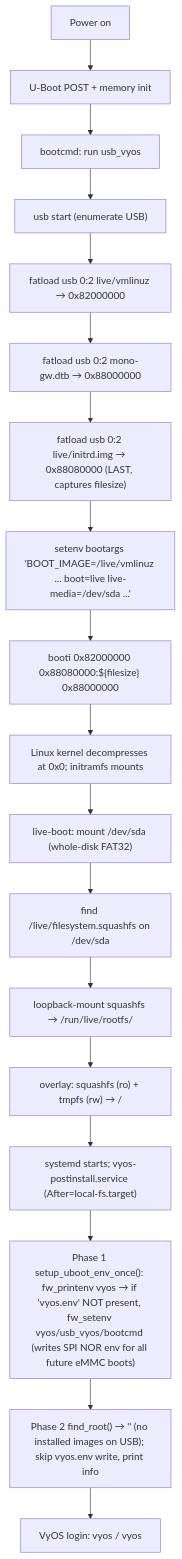
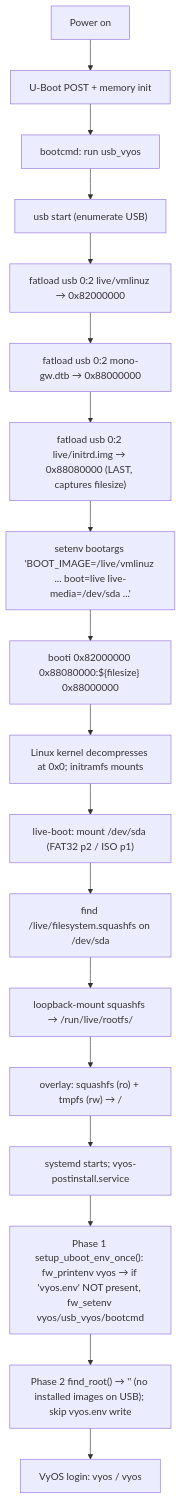
One commit to Daegara/vyos-ls1046a-build changed the second of 3 diagrams in plans/BOOT-PROCESS.md. Above: the diagram before and after it, drawn with Mermaid. The commit also changed other lines of this file and 9 other files, not shown here.

Commit message:
docs: consolidate UBOOT.md into BOOT-PROCESS.md and convert DEV-LOOP/NETWORKING-DEEP-DIVE to HADS 1.0.0

````diff
--- a/plans/BOOT-PROCESS.md
+++ b/plans/BOOT-PROCESS.md
@@ -119,20 +151,20 @@
 ```mermaid
 flowchart TD
     P[Power on] --> POST[U-Boot POST + memory init]
     POST --> BC["bootcmd: run usb_vyos"]
     BC --> U1["usb start (enumerate USB)"]
     U1 --> U2["fatload usb 0:2 live/vmlinuz → 0x82000000"]
     U2 --> U3["fatload usb 0:2 mono-gw.dtb → 0x88000000"]
     U3 --> U4["fatload usb 0:2 live/initrd.img → 0x88080000 (LAST, captures filesize)"]
     U4 --> U5["setenv bootargs 'BOOT_IMAGE=/live/vmlinuz ... boot=live live-media=/dev/sda ...'"]
     U5 --> U6["booti 0x82000000 0x88080000:${filesize} 0x88000000"]
     U6 --> K[Linux kernel decompresses at 0x0; initramfs mounts]
-    K --> L1["live-boot: mount /dev/sda (whole-disk FAT32)"]
+    K --> L1["live-boot: mount /dev/sda (FAT32 p2 / ISO p1)"]
     L1 --> L2["find /live/filesystem.squashfs on /dev/sda"]
     L2 --> L3["loopback-mount squashfs → /run/live/rootfs/"]
     L3 --> L4["overlay: squashfs (ro) + tmpfs (rw) → /"]
-    L4 --> SD["systemd starts; vyos-postinstall.service (After=local-fs.target)"]
-    SD --> P1["Phase 1 setup_uboot_env_once(): fw_printenv vyos → if 'vyos.env' NOT present, fw_setenv vyos/usb_vyos/bootcmd (writes SPI NOR env for all future eMMC boots)"]
-    P1 --> P2["Phase 2 find_root() → '' (no installed images on USB); skip vyos.env write, print info"]
+    L4 --> SD["systemd starts; vyos-postinstall.service"]
+    SD --> P1["Phase 1 setup_uboot_env_once(): fw_printenv vyos → if 'vyos.env' NOT present, fw_setenv vyos/usb_vyos/bootcmd"]
+    P1 --> P2["Phase 2 find_root() → '' (no installed images on USB); skip vyos.env write"]
     P2 --> LOGIN["VyOS login: vyos / vyos"]
 ```
````
